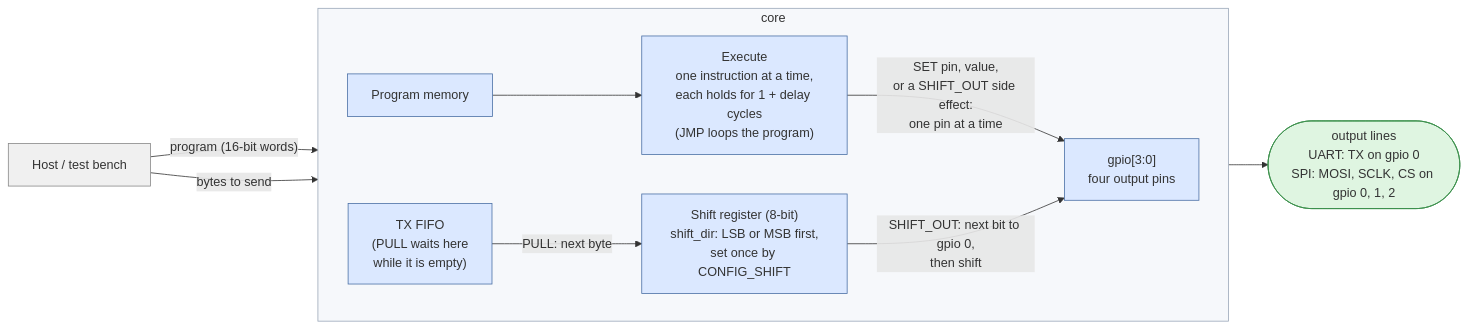
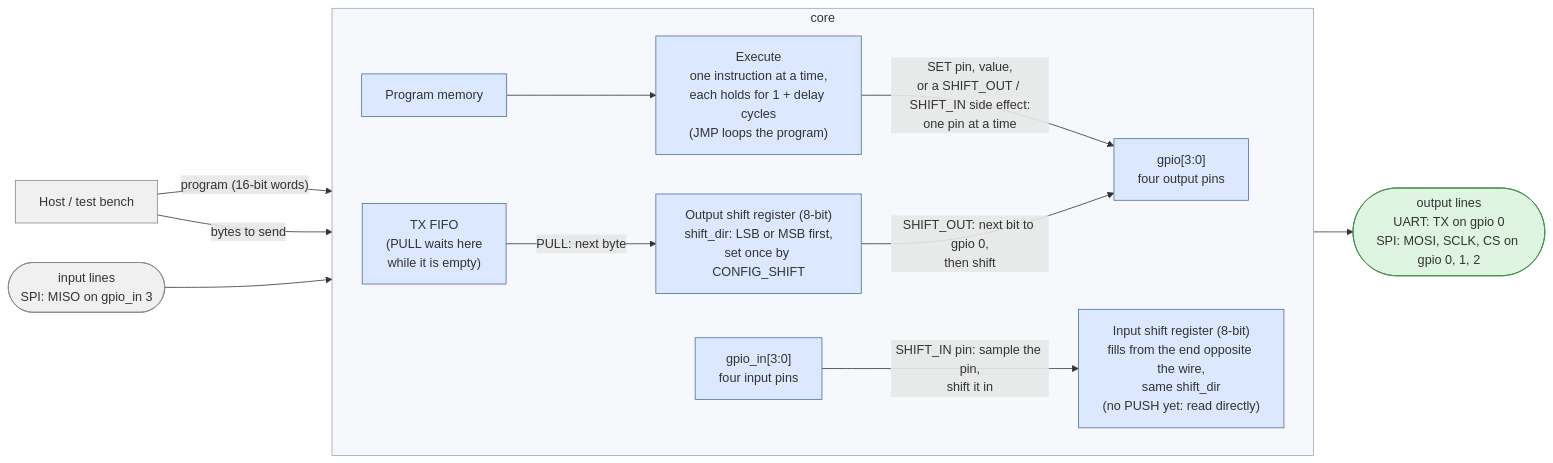
Before and after one commit to cshieldsce/smallcore: the diagram in docs/overview.mmd, drawn with Mermaid. The commit also changed 9 other files, not shown here.

Commit message:
update diagrams for shift_in

```diff
--- a/docs/overview.mmd
+++ b/docs/overview.mmd
@@ -1,25 +1,29 @@
 %% High-level view: what goes in, what comes out, and how a byte reaches the pins.
 flowchart LR
   classDef ext fill:#f0f0f0,stroke:#888
   classDef core fill:#dbe8ff,stroke:#4a6fa5
   classDef out fill:#dff5e1,stroke:#3a8f4a
 
   HOST["Host / test bench"]:::ext
   HOST -->|"program (16-bit words)"| IMEM
   HOST -->|"bytes to send"| FIFO
+  LINEIN(["input lines<br/>SPI: MISO on gpio_in 3"]):::ext --> GIN
 
   subgraph core["core"]
     direction LR
     IMEM["Program memory"]:::core
     EXEC["Execute<br/>one instruction at a time,<br/>each holds for 1 + delay cycles<br/>(JMP loops the program)"]:::core
     FIFO["TX FIFO<br/>(PULL waits here<br/>while it is empty)"]:::core
-    SR["Shift register (8-bit)<br/>shift_dir: LSB or MSB first,<br/>set once by CONFIG_SHIFT"]:::core
+    SR["Output shift register (8-bit)<br/>shift_dir: LSB or MSB first,<br/>set once by CONFIG_SHIFT"]:::core
     PIN["gpio[3:0]<br/>four output pins"]:::core
+    GIN["gpio_in[3:0]<br/>four input pins"]:::core
+    ISR["Input shift register (8-bit)<br/>fills from the end opposite the wire,<br/>same shift_dir<br/>(no PUSH yet: read directly)"]:::core
     IMEM --> EXEC
-    EXEC -->|"SET pin, value,<br/>or a SHIFT_OUT side effect:<br/>one pin at a time"| PIN
+    EXEC -->|"SET pin, value,<br/>or a SHIFT_OUT / SHIFT_IN side effect:<br/>one pin at a time"| PIN
     FIFO -->|"PULL: next byte"| SR
     SR -->|"SHIFT_OUT: next bit to gpio 0,<br/>then shift"| PIN
+    GIN -->|"SHIFT_IN pin: sample the pin,<br/>shift it in"| ISR
   end
 
   PIN --> LINE(["output lines<br/>UART: TX on gpio 0<br/>SPI: MOSI, SCLK, CS on gpio 0, 1, 2"]):::out
   style core fill:#f6f8fb,stroke:#9aa7b8
```
